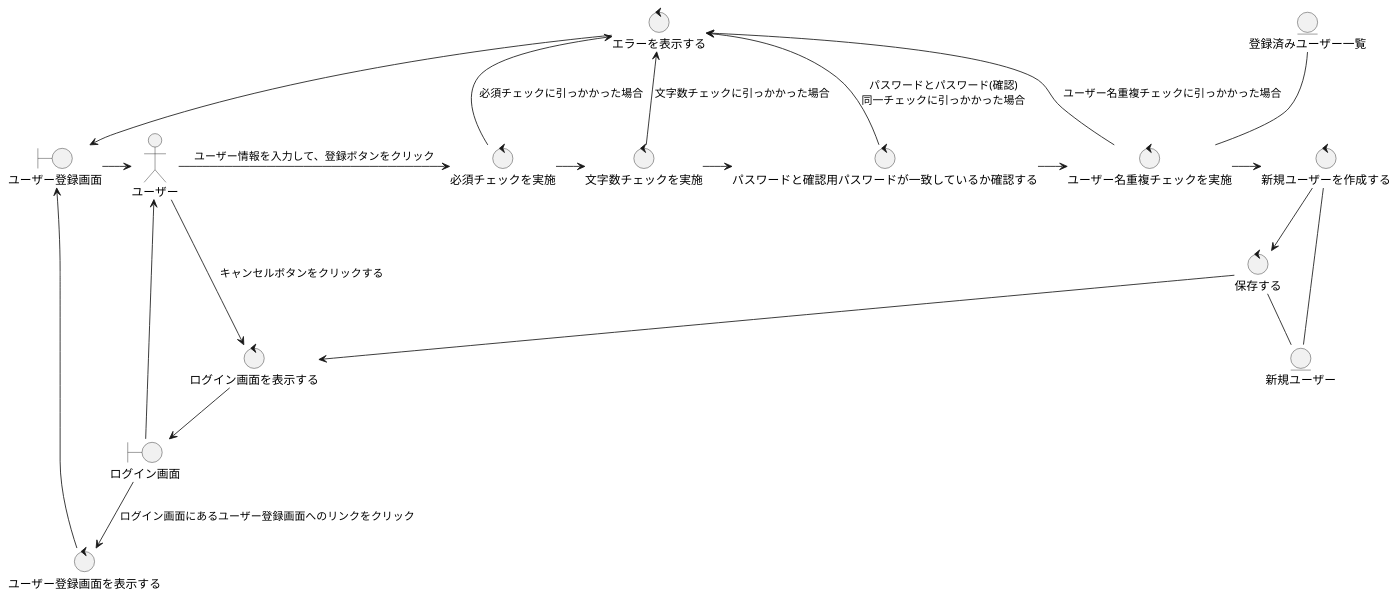
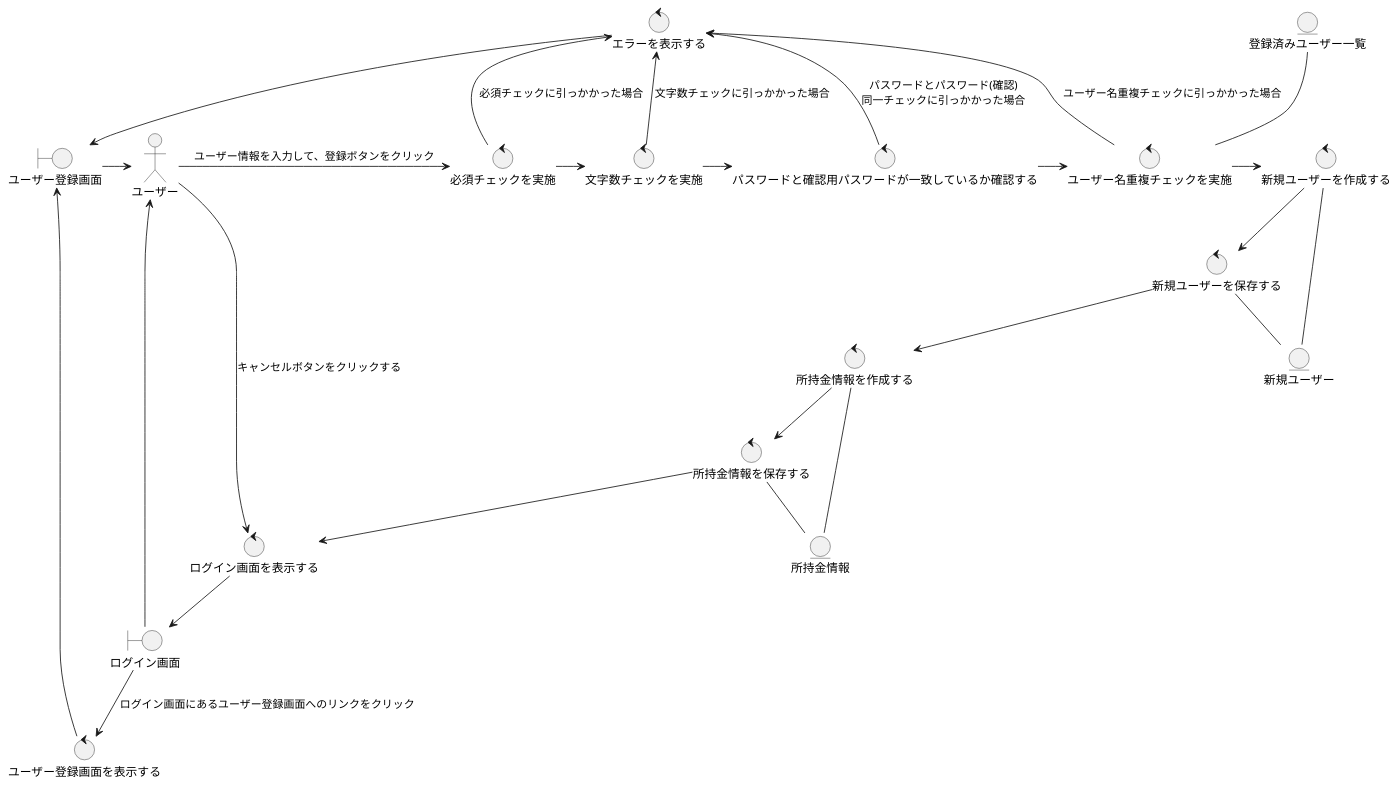
Before and after one commit to CSTSCSTS/UserAp: the diagram in docs/詳細設計/ロバストネス図/ユーザー登録/ユーザー登録する(ロバストネス図).puml, drawn with PlantUML. The commit also changed 3 other files, not shown here.

Commit message:
ユーザー登録のユースケース・ロバストネス図・シーケンス図を作成

```diff
--- a/docs/詳細設計/ロバストネス図/ユーザー登録/ユーザー登録する(ロバストネス図).puml
+++ b/docs/詳細設計/ロバストネス図/ユーザー登録/ユーザー登録する(ロバストネス図).puml
@@ -1,48 +1,55 @@
 @startuml
 
 actor ユーザー
 
 boundary ログイン画面
 boundary ユーザー登録画面
 control 必須チェックを実施
 control 文字数チェックを実施
 control パスワードと確認用パスワードが一致しているか確認する
 control ユーザー名重複チェックを実施
 control エラーを表示する
 control 新規ユーザーを作成する
-control 保存する
+control 所持金情報を作成する
+control 新規ユーザーを保存する
+control 所持金情報を保存する
 control エラーを表示する
 control ユーザー登録画面を表示する
 control ログイン画面を表示する
 entity 登録済みユーザー一覧
 entity 新規ユーザー
+entity 所持金情報
 
 '基本コース
 ログイン画面 -down-> ユーザー登録画面を表示する: ログイン画面にあるユーザー登録画面へのリンクをクリック
 ユーザー登録画面を表示する -right-> ユーザー登録画面
 ユーザー登録画面 -right-> ユーザー
 ユーザー -right-> 必須チェックを実施: ユーザー情報を入力して、登録ボタンをクリック
 必須チェックを実施 -right-> 文字数チェックを実施
 文字数チェックを実施 -right-> パスワードと確認用パスワードが一致しているか確認する
 パスワードと確認用パスワードが一致しているか確認する -right-> ユーザー名重複チェックを実施
 ユーザー名重複チェックを実施 -right-> 新規ユーザーを作成する
-新規ユーザーを作成する -down-> 保存する
-保存する -down-> ログイン画面を表示する
+新規ユーザーを作成する -down-> 新規ユーザーを保存する
+新規ユーザーを保存する -down-> 所持金情報を作成する
+所持金情報を作成する -down-> 所持金情報を保存する
+所持金情報を保存する -down-> ログイン画面を表示する
 ログイン画面を表示する -down-> ログイン画面
 
 ユーザー名重複チェックを実施 -up- 登録済みユーザー一覧
 新規ユーザーを作成する -- 新規ユーザー
-保存する -- 新規ユーザー
+新規ユーザーを保存する -- 新規ユーザー
+所持金情報を作成する -- 所持金情報
+所持金情報を保存する -- 所持金情報
 
 '代替コース
 ユーザー -down-> ログイン画面を表示する: キャンセルボタンをクリックする
 ログイン画面 -left-> ユーザー
 
 必須チェックを実施  -up-> エラーを表示する : 必須チェックに引っかかった場合
 文字数チェックを実施 -up-> エラーを表示する : 文字数チェックに引っかかった場合
 パスワードと確認用パスワードが一致しているか確認する -up-> エラーを表示する : パスワードとパスワード(確認)\n同一チェックに引っかかった場合
 ユーザー名重複チェックを実施 -up-> エラーを表示する : ユーザー名重複チェックに引っかかった場合
 エラーを表示する --> ユーザー登録画面
 
 
 @enduml
```
